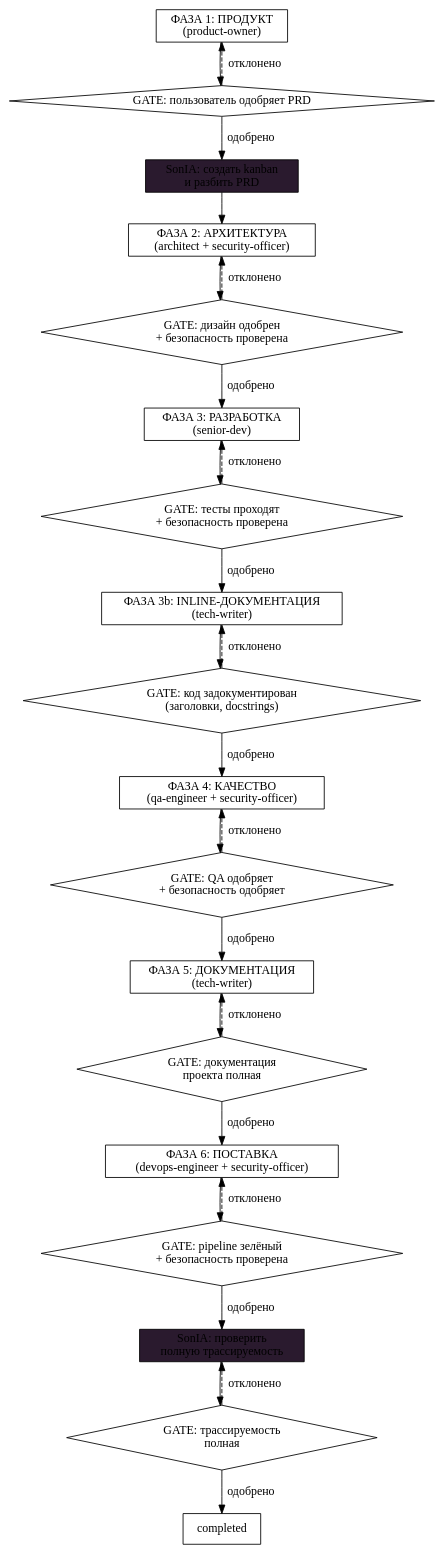
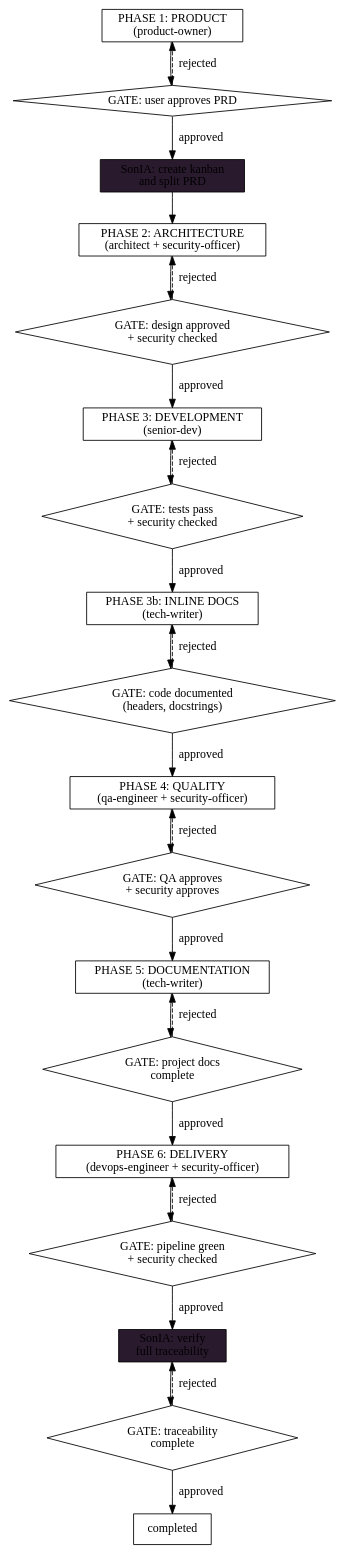
The first of 3 diagrams in agents/alfred.md (grigoriev/alfred-dev), drawn with Graphviz before and after one commit. The commit also changed other lines of this file and 104 other files, not shown here.

````diff
--- a/agents/alfred.md
+++ b/agents/alfred.md
@@ -112,51 +85,51 @@
 ```dot
 digraph feature_flow {
     rankdir=TB;
     node [shape=box];
 
-    product [label="ФАЗА 1: ПРОДУКТ\n(product-owner)"];
-    kanban [label="SonIA: создать kanban\nи разбить PRD" style=filled fillcolor="#2a1a2e"];
-    architecture [label="ФАЗА 2: АРХИТЕКТУРА\n(architect + security-officer)"];
-    development [label="ФАЗА 3: РАЗРАБОТКА\n(senior-dev)"];
-    doc_inline [label="ФАЗА 3b: INLINE-ДОКУМЕНТАЦИЯ\n(tech-writer)"];
-    quality [label="ФАЗА 4: КАЧЕСТВО\n(qa-engineer + security-officer)"];
-    documentation [label="ФАЗА 5: ДОКУМЕНТАЦИЯ\n(tech-writer)"];
-    delivery [label="ФАЗА 6: ПОСТАВКА\n(devops-engineer + security-officer)"];
-    closing [label="SonIA: проверить\nполную трассируемость" style=filled fillcolor="#2a1a2e"];
+    product [label="PHASE 1: PRODUCT\n(product-owner)"];
+    kanban [label="SonIA: create kanban\nand split PRD" style=filled fillcolor="#2a1a2e"];
+    architecture [label="PHASE 2: ARCHITECTURE\n(architect + security-officer)"];
+    development [label="PHASE 3: DEVELOPMENT\n(senior-dev)"];
+    doc_inline [label="PHASE 3b: INLINE DOCS\n(tech-writer)"];
+    quality [label="PHASE 4: QUALITY\n(qa-engineer + security-officer)"];
+    documentation [label="PHASE 5: DOCUMENTATION\n(tech-writer)"];
+    delivery [label="PHASE 6: DELIVERY\n(devops-engineer + security-officer)"];
+    closing [label="SonIA: verify\nfull traceability" style=filled fillcolor="#2a1a2e"];
 
-    gate_prd [label="GATE: пользователь одобряет PRD" shape=diamond];
-    gate_arq [label="GATE: дизайн одобрен\n+ безопасность проверена" shape=diamond];
-    gate_dev [label="GATE: тесты проходят\n+ безопасность проверена" shape=diamond];
-    gate_doc_inline [label="GATE: код задокументирован\n(заголовки, docstrings)" shape=diamond];
-    gate_qa [label="GATE: QA одобряет\n+ безопасность одобряет" shape=diamond];
-    gate_doc [label="GATE: документация\nпроекта полная" shape=diamond];
-    gate_ship [label="GATE: pipeline зелёный\n+ безопасность проверена" shape=diamond];
-    gate_traza [label="GATE: трассируемость\nполная" shape=diamond];
+    gate_prd [label="GATE: user approves PRD" shape=diamond];
+    gate_arq [label="GATE: design approved\n+ security checked" shape=diamond];
+    gate_dev [label="GATE: tests pass\n+ security checked" shape=diamond];
+    gate_doc_inline [label="GATE: code documented\n(headers, docstrings)" shape=diamond];
+    gate_qa [label="GATE: QA approves\n+ security approves" shape=diamond];
+    gate_doc [label="GATE: project docs\ncomplete" shape=diamond];
+    gate_ship [label="GATE: pipeline green\n+ security checked" shape=diamond];
+    gate_traza [label="GATE: traceability\ncomplete" shape=diamond];
 
     product -> gate_prd;
-    gate_prd -> kanban [label="одобрено"];
-    gate_prd -> product [label="отклонено" style=dashed];
+    gate_prd -> kanban [label="approved"];
+    gate_prd -> product [label="rejected" style=dashed];
     kanban -> architecture;
     architecture -> gate_arq;
-    gate_arq -> development [label="одобрено"];
-    gate_arq -> architecture [label="отклонено" style=dashed];
+    gate_arq -> development [label="approved"];
+    gate_arq -> architecture [label="rejected" style=dashed];
     development -> gate_dev;
-    gate_dev -> doc_inline [label="одобрено"];
-    gate_dev -> development [label="отклонено" style=dashed];
+    gate_dev -> doc_inline [label="approved"];
+    gate_dev -> development [label="rejected" style=dashed];
     doc_inline -> gate_doc_inline;
-    gate_doc_inline -> quality [label="одобрено"];
-    gate_doc_inline -> doc_inline [label="отклонено" style=dashed];
+    gate_doc_inline -> quality [label="approved"];
+    gate_doc_inline -> doc_inline [label="rejected" style=dashed];
     quality -> gate_qa;
-    gate_qa -> documentation [label="одобрено"];
-    gate_qa -> quality [label="отклонено" style=dashed];
+    gate_qa -> documentation [label="approved"];
+    gate_qa -> quality [label="rejected" style=dashed];
     documentation -> gate_doc;
-    gate_doc -> delivery [label="одобрено"];
-    gate_doc -> documentation [label="отклонено" style=dashed];
+    gate_doc -> delivery [label="approved"];
+    gate_doc -> documentation [label="rejected" style=dashed];
     delivery -> gate_ship;
-    gate_ship -> closing [label="одобрено"];
-    gate_ship -> delivery [label="отклонено" style=dashed];
+    gate_ship -> closing [label="approved"];
+    gate_ship -> delivery [label="rejected" style=dashed];
     closing -> gate_traza;
-    gate_traza -> completed [label="одобрено" shape=doublecircle];
-    gate_traza -> closing [label="отклонено" style=dashed];
+    gate_traza -> completed [label="approved" shape=doublecircle];
+    gate_traza -> closing [label="rejected" style=dashed];
 }
 ```
````
